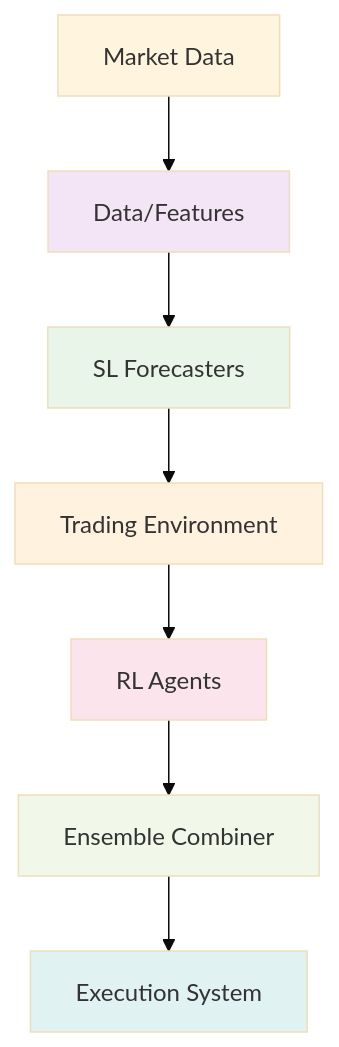
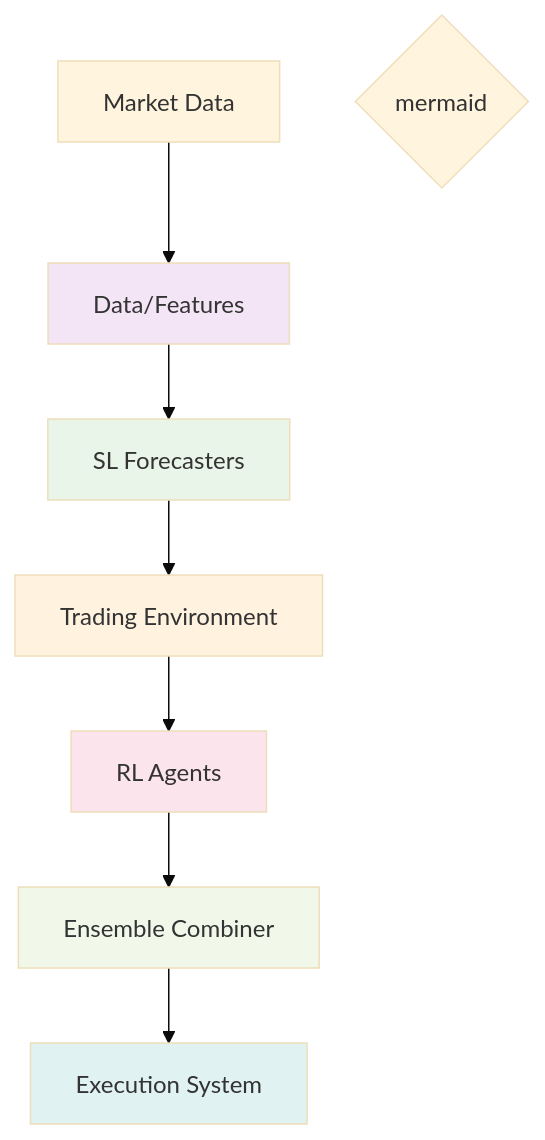
The diagram in docs/source/architecture_summary.md (Zzzero-hash/trade-agent), drawn with Mermaid (base theme) before and after one commit. The commit also changed other lines of this file and 93 other files, not shown here.

`````diff
--- a/docs/source/architecture_summary.md
+++ b/docs/source/architecture_summary.md
@@ -9,16 +9,17 @@
-```{mermaid}
+````mermaid
 graph TD
     A[Market Data] --> B[Data/Features]
     B --> C[SL Forecasters]
     C --> D[Trading Environment]
     D --> E[RL Agents]
     E --> F[Ensemble Combiner]
     F --> G[Execution System]
 
+    ```{mermaid}
     style B fill:#f3e5f5
     style C fill:#e8f5e8
     style D fill:#fff3e0
     style E fill:#fce4ec
     style F fill:#f1f8e9
     style G fill:#e0f2f1
-```
+````
`````
